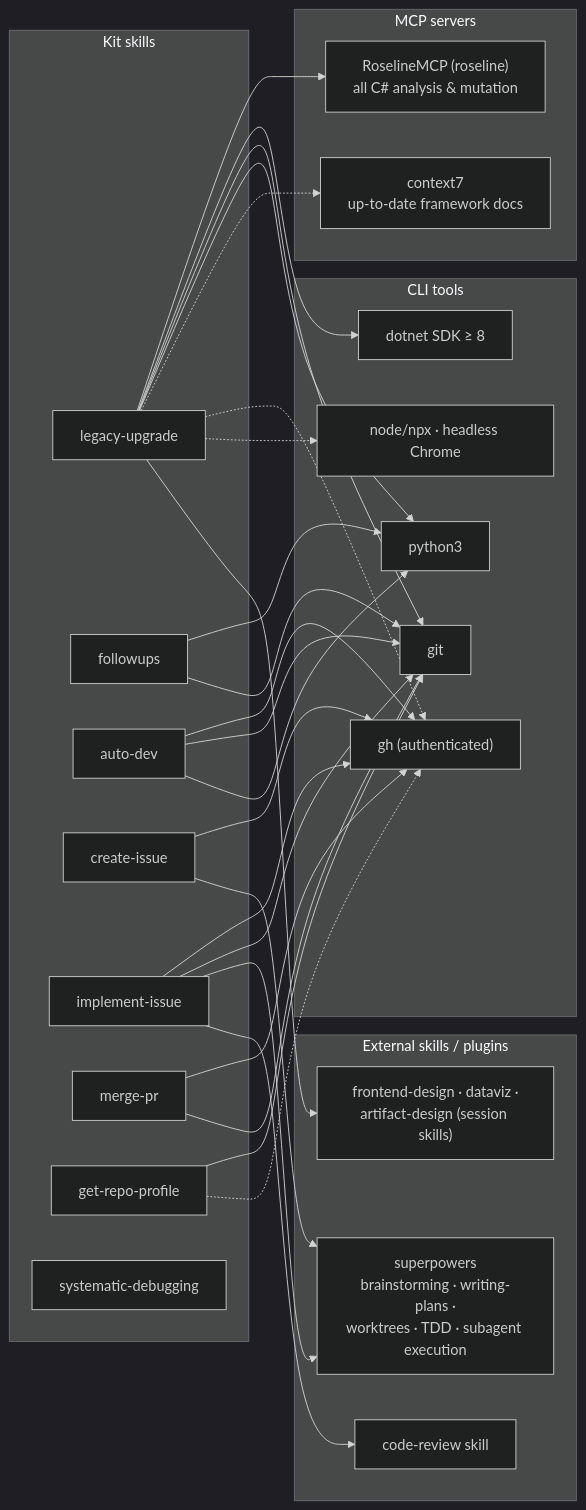
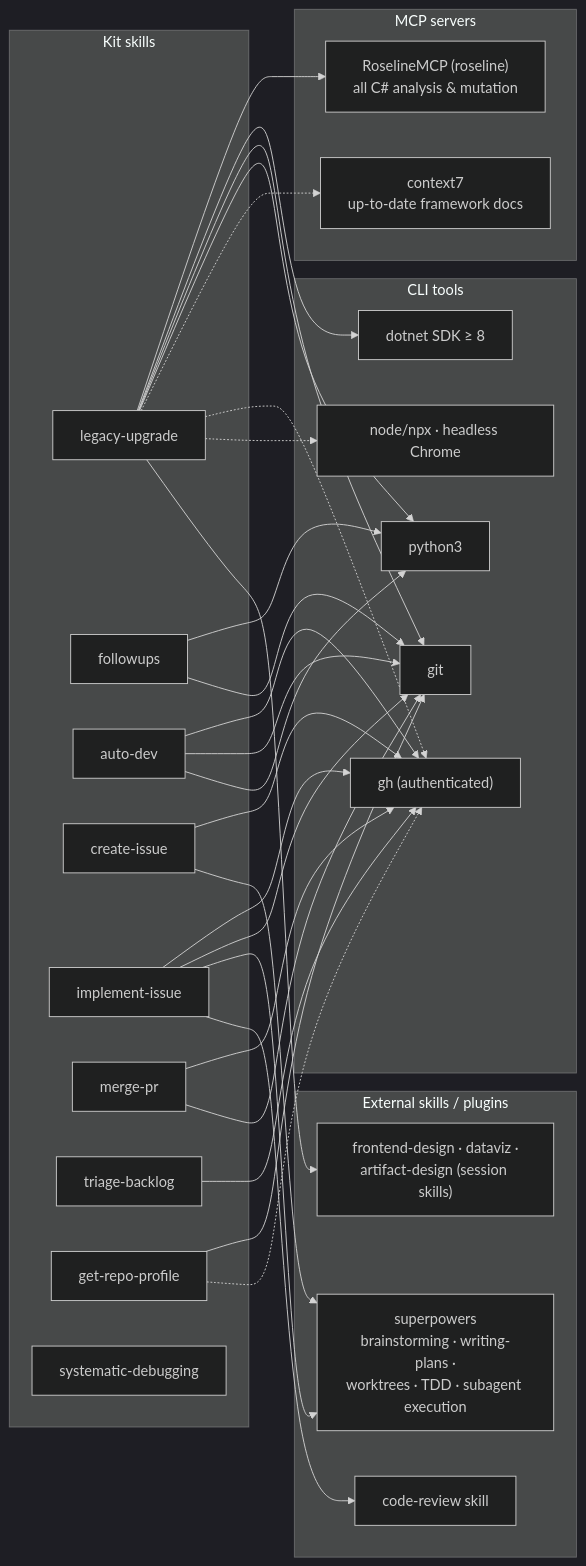
One commit to phmatray/ai-migration-kit changed the second of 2 diagrams in ARCHITECTURE.md. Above: the diagram before and after it, drawn with Mermaid (dark theme). The commit also changed other lines of this file and 13 other files, not shown here.

````diff
--- a/ARCHITECTURE.md
+++ b/ARCHITECTURE.md
@@ -73,62 +87,65 @@
 ```mermaid
 graph LR
     subgraph skills ["Kit skills"]
         LU[legacy-upgrade]
         FU[followups]
         AD[auto-dev]
         CI[create-issue]
         II[implement-issue]
         MP[merge-pr]
+        TB[triage-backlog]
         RP[get-repo-profile]
         SD[systematic-debugging]
     end
 
     subgraph mcp ["MCP servers"]
         ROS["RoselineMCP (roseline)<br>all C# analysis & mutation"]
         C7["context7<br>up-to-date framework docs"]
     end
 
     subgraph ext ["External skills / plugins"]
         SP["superpowers<br>brainstorming · writing-plans ·<br>worktrees · TDD · subagent execution"]
         CR["code-review skill"]
         FD["frontend-design · dataviz ·<br>artifact-design (session skills)"]
     end
 
     subgraph tools ["CLI tools"]
         GH["gh (authenticated)"]
         DN["dotnet SDK ≥ 8"]
         PY["python3"]
         GIT["git"]
         NODE["node/npx · headless Chrome"]
     end
 
     LU --> ROS
     LU --> DN
     LU --> GIT
     LU --> PY
     LU -.-> C7
     LU -.-> GH
     LU -.-> NODE
     LU --> FD
 
     FU --> PY
     FU --> GIT
 
     CI --> GH
     CI --> SP
 
     II --> GH
     II --> GIT
     II --> SP
     II --> CR
 
     MP --> GH
     MP --> GIT
 
+    TB --> GH
+
     RP --> GIT
     RP -.-> GH
 
     AD --> GH
     AD --> GIT
     AD --> PY
 ```
````
